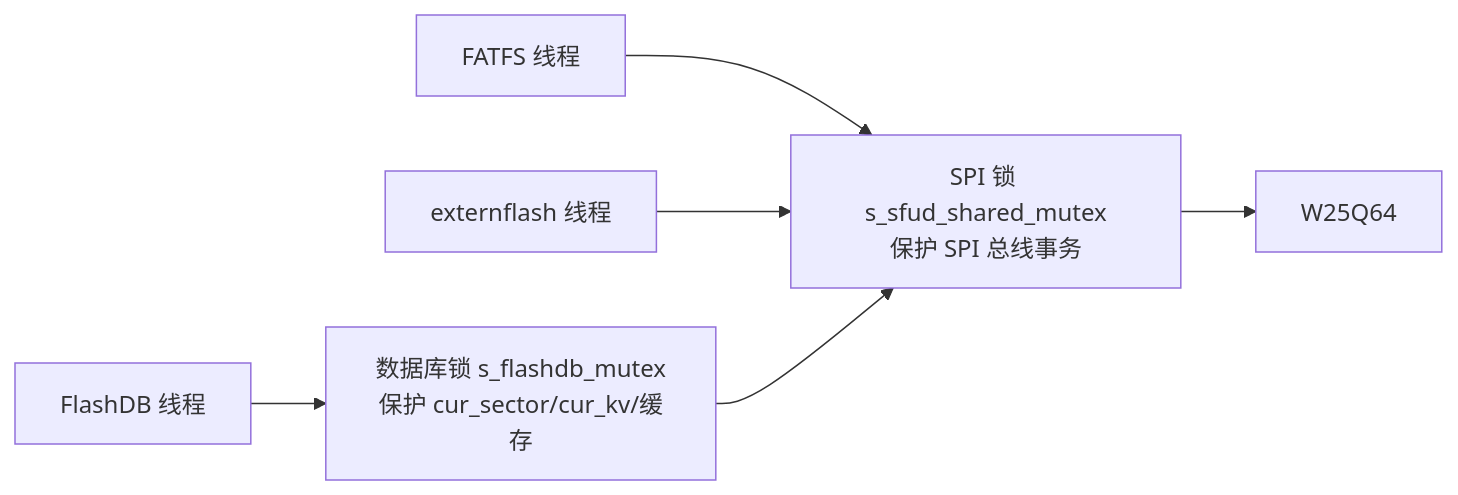
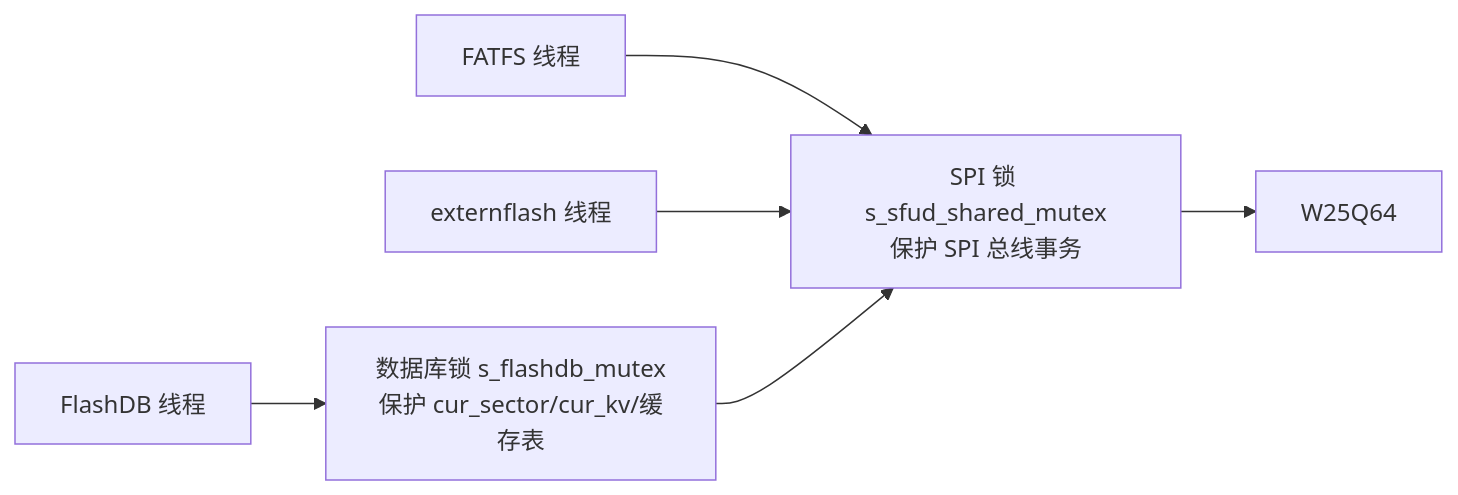
The fourth of 5 diagrams in 开发板/ARM架构/STM32F411CEU6/外部flash中SFUD，FAL，FlashDB,FATFS以及OTA和LVGL资源的统筹方案.md (shuai-yemao/Deep-In-Embedded), drawn with Mermaid before and after one commit. The commit also changed other lines of this file, not shown here.

````diff
--- a/开发板/ARM架构/STM32F411CEU6/外部flash中SFUD，FAL，FlashDB,FATFS以及OTA和LVGL资源的统筹方案.md
+++ b/开发板/ARM架构/STM32F411CEU6/外部flash中SFUD，FAL，FlashDB,FATFS以及OTA和LVGL资源的统筹方案.md
@@ -51,8 +151,8 @@
 ```mermaid
 flowchart LR
-    TaskB[FlashDB 线程] --> DBLock[数据库锁 s_flashdb_mutex<br>保护 cur_sector/cur_kv/缓存]
+    TaskB[FlashDB 线程] --> DBLock[数据库锁 s_flashdb_mutex<br>保护 cur_sector/cur_kv/缓存表]
     TaskC[FATFS 线程] --> SPILock[SPI 锁 s_sfud_shared_mutex<br>保护 SPI 总线事务]
     TaskA[externflash 线程] --> SPILock
     DBLock --> SPILock
     SPILock --> SPI[W25Q64]
 ```
````
